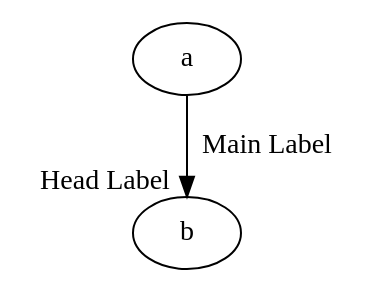
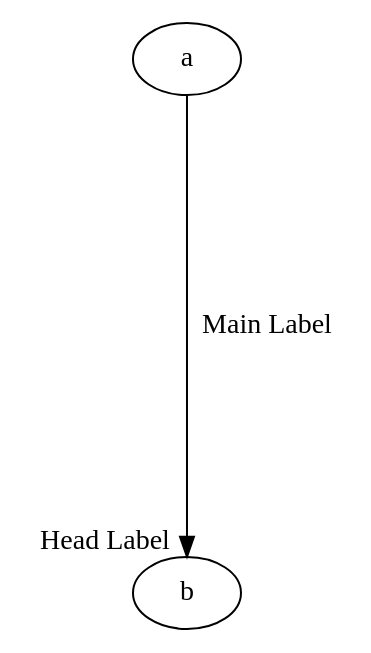
Before and after one commit to jamisonjiang/graph-support: the first of 3 diagrams in docs/edge/HeadLabel.md, drawn with Graphviz. The commit also changed other lines of this file and 2 other files, not shown here.

````diff
--- a/docs/edge/HeadLabel.md
+++ b/docs/edge/HeadLabel.md
@@ -18,5 +20,6 @@
 ```dot
 digraph G {
+    ranksep=3
     a -> b [label="Main Label", headlabel="Head Label"];  // Adds a label near the head node
 }
 ```
````
